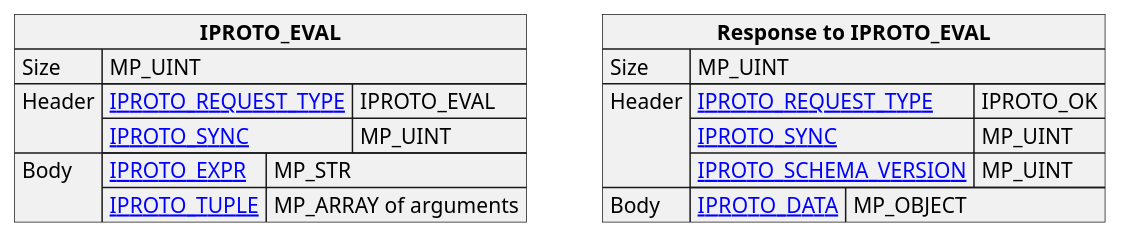
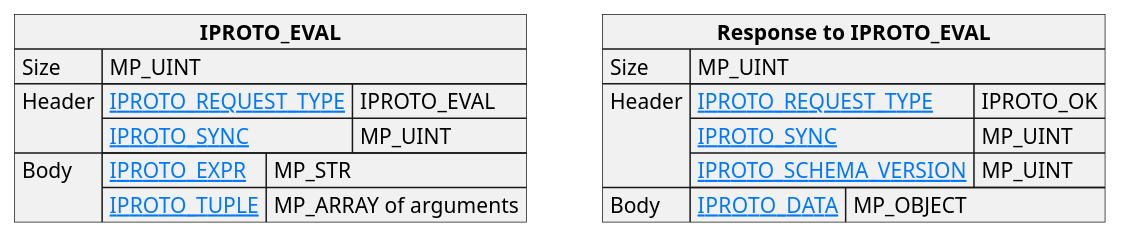
The diagram in doc/dev_guide/internals/iproto/images/eval.puml (tarantool/doc), drawn with PlantUML before and after one commit. The commit also changed 99 other files, not shown here.

Commit message:
Fix plantuml diagrams Broken links and puml parameters

```diff
--- a/doc/dev_guide/internals/iproto/images/eval.puml
+++ b/doc/dev_guide/internals/iproto/images/eval.puml
@@ -1,34 +1,34 @@
 @startuml
 
-skinparam map {
+skinparam {
     HyperlinkColor #0077FF
     FontColor #313131
     BorderColor #313131
     BackgroundColor transparent
 }
 
 json "**IPROTO_EVAL**" as eval_request {
     "Size": "MP_UINT",
     "Header": {
       "[[https://tarantool.io/en/doc/latest/dev_guide/internals/iproto/keys IPROTO_REQUEST_TYPE]]": "IPROTO_EVAL",
       "[[https://tarantool.io/en/doc/latest/dev_guide/internals/iproto/keys IPROTO_SYNC]]": "MP_UINT"
     },
     "Body": {
       "[[https://tarantool.io/en/doc/latest/dev_guide/internals/iproto/keys IPROTO_EXPR]]": "MP_STR",
       "[[https://tarantool.io/en/doc/latest/dev_guide/internals/iproto/keys IPROTO_TUPLE]]": "MP_ARRAY of arguments"
     }
 }
 
 json "**Response to IPROTO_EVAL**" as eval_response {
     "Size": "MP_UINT",
     "Header": {
-      "[[tarantool.io/en/doc/latest/dev_guide/internals/iproto/keys IPROTO_REQUEST_TYPE]]": "IPROTO_OK",
-      "[[tarantool.io/en/doc/latest/dev_guide/internals/iproto/keys IPROTO_SYNC]]": "MP_UINT",
-      "[[tarantool.io/en/doc/latest/dev_guide/internals/iproto/keys IPROTO_SCHEMA_VERSION]]": "MP_UINT"
+      "[[https://tarantool.io/en/doc/latest/dev_guide/internals/iproto/keys IPROTO_REQUEST_TYPE]]": "IPROTO_OK",
+      "[[https://tarantool.io/en/doc/latest/dev_guide/internals/iproto/keys IPROTO_SYNC]]": "MP_UINT",
+      "[[https://tarantool.io/en/doc/latest/dev_guide/internals/iproto/keys IPROTO_SCHEMA_VERSION]]": "MP_UINT"
     },
     "Body": {
-      "[[tarantool.io/en/doc/latest/dev_guide/internals/iproto/keys IPROTO_DATA]]": "MP_OBJECT"
+      "[[https://tarantool.io/en/doc/latest/dev_guide/internals/iproto/keys IPROTO_DATA]]": "MP_OBJECT"
     }
 }
 
 @enduml
```
